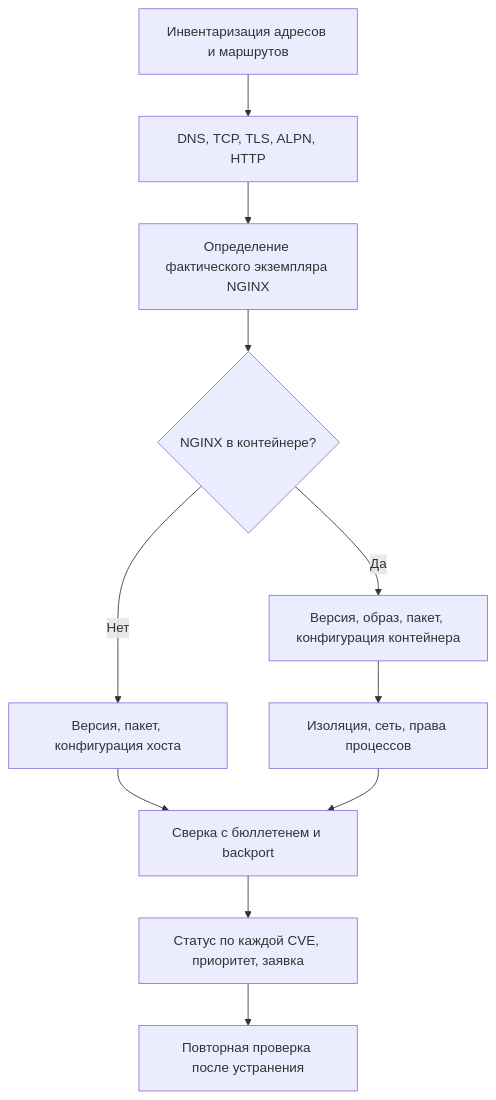
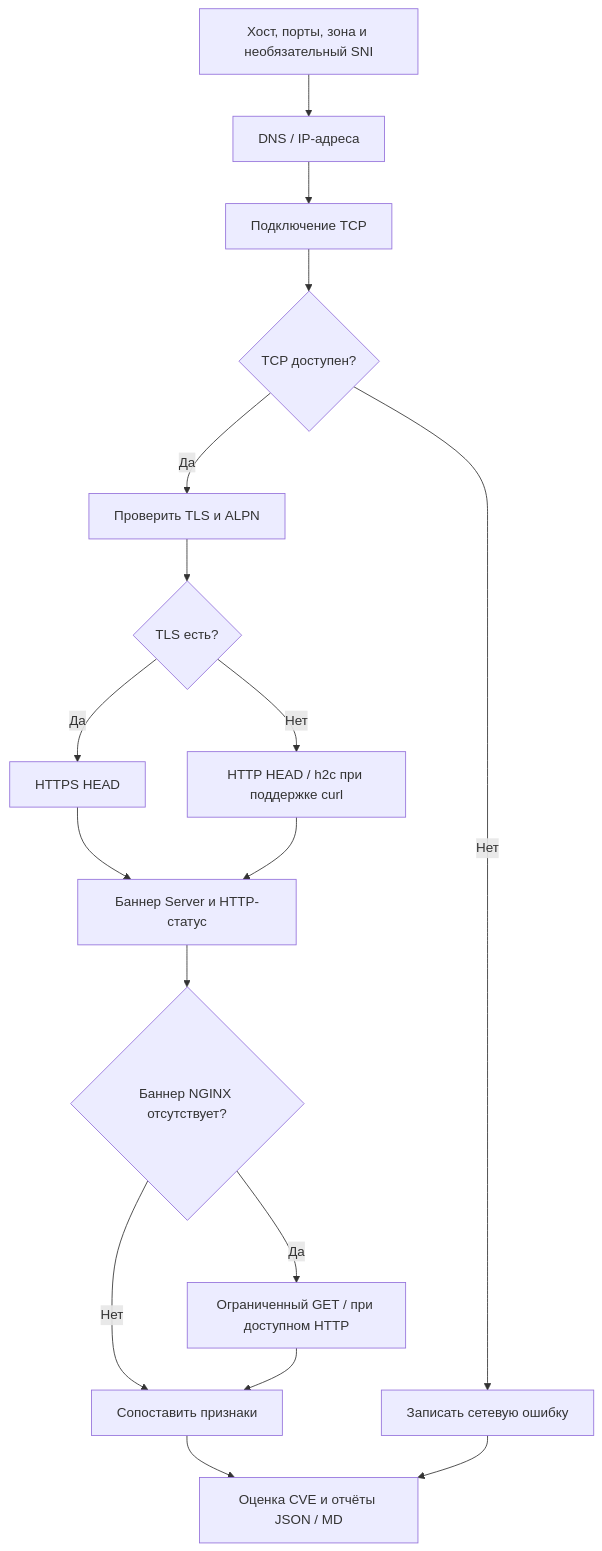
One commit to vit81g/CISO changed the diagram in IS_audit/CVE-2026-123007_CVE-2026-123633/readme.md. Above: the diagram before and after it, drawn with Mermaid. The commit also changed other lines of this file and 4 other files, not shown here.

````diff
--- a/IS_audit/CVE-2026-123007_CVE-2026-123633/readme.md
+++ b/IS_audit/CVE-2026-123007_CVE-2026-123633/readme.md
@@ -41,13 +120,19 @@
 ```mermaid
 flowchart TD
-    A[Инвентаризация адресов и маршрутов] --> B[DNS, TCP, TLS, ALPN, HTTP]
-    B --> C[Определение фактического экземпляра NGINX]
-    C --> D{NGINX в контейнере?}
-    D -->|Нет| E[Версия, пакет, конфигурация хоста]
-    D -->|Да| F[Версия, образ, пакет, конфигурация контейнера]
-    F --> G[Изоляция, сеть, права процессов]
-    E --> H[Сверка с бюллетенем и backport]
-    G --> H
-    H --> I[Статус по каждой CVE, приоритет, заявка]
-    I --> J[Повторная проверка после устранения]
+    A[Хост, порты, зона и необязательный SNI] --> B[DNS / IP-адреса]
+    B --> C[Подключение TCP]
+    C --> D{TCP доступен?}
+    D -- Нет --> E[Записать сетевую ошибку]
+    D -- Да --> F[Проверить TLS и ALPN]
+    F --> G{TLS есть?}
+    G -- Да --> H[HTTPS HEAD]
+    G -- Нет --> I[HTTP HEAD / h2c при поддержке curl]
+    H --> J[Баннер Server и HTTP-статус]
+    I --> J
+    J --> K{Баннер NGINX отсутствует?}
+    K -- Да --> L[Ограниченный GET / при доступном HTTP]
+    K -- Нет --> M[Сопоставить признаки]
+    L --> M
+    M --> N[Оценка CVE и отчёты JSON / MD]
+    E --> N
 ```
````
